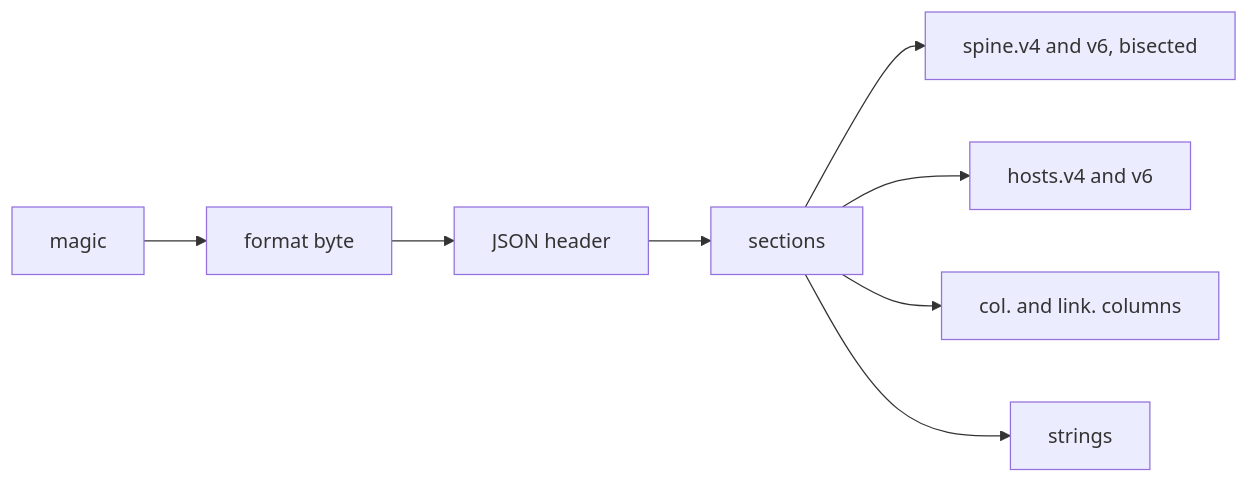
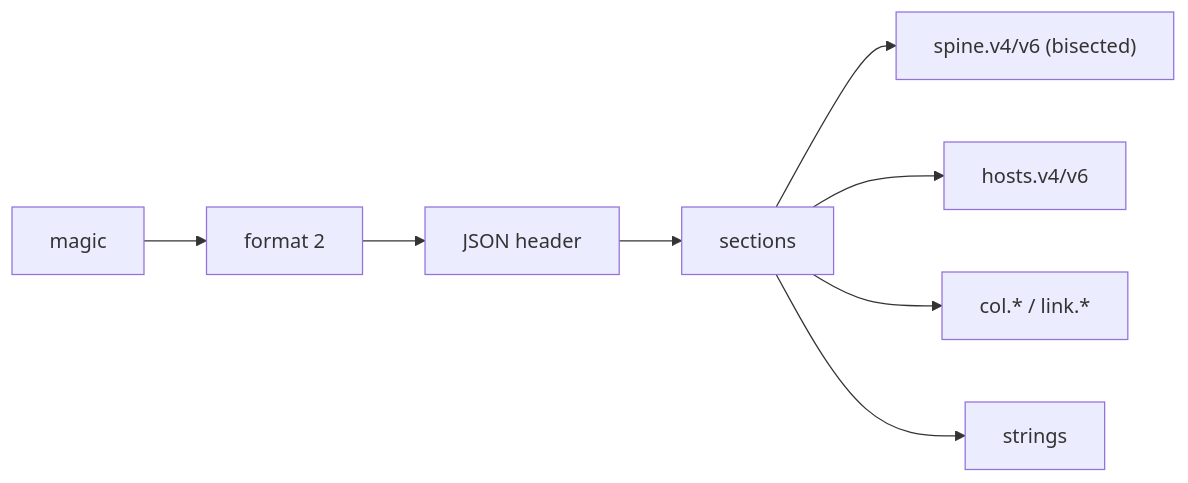
Before and after one commit to tn3w/plevin: the fifth of 5 diagrams in builder/README.md, drawn with Mermaid. The commit also changed other lines of this file and 45 other files, not shown here.

Commit message:
feat: switch .plv to format 2 with raw LZMA sections and partial-decoding readers; fix CI

````diff
--- a/builder/README.md
+++ b/builder/README.md
@@ -237,8 +200,8 @@
 ```mermaid
 flowchart LR
-    M[magic] --> V[format byte] --> H[JSON header] --> S[sections]
-    S --> A["spine.v4 and v6, bisected"]
-    S --> O["hosts.v4 and v6"]
-    S --> C["col. and link. columns"]
+    M[magic] --> V[format 2] --> H[JSON header] --> S[sections]
+    S --> A["spine.v4/v6 (bisected)"]
+    S --> O["hosts.v4/v6"]
+    S --> C["col.* / link.*"]
     S --> T[strings]
 ```
````
